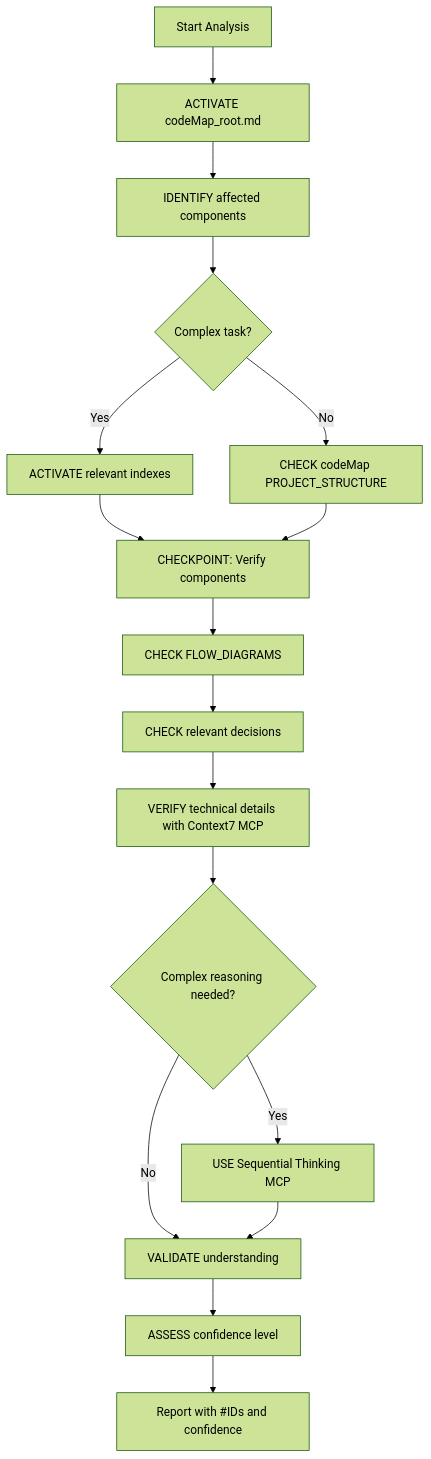
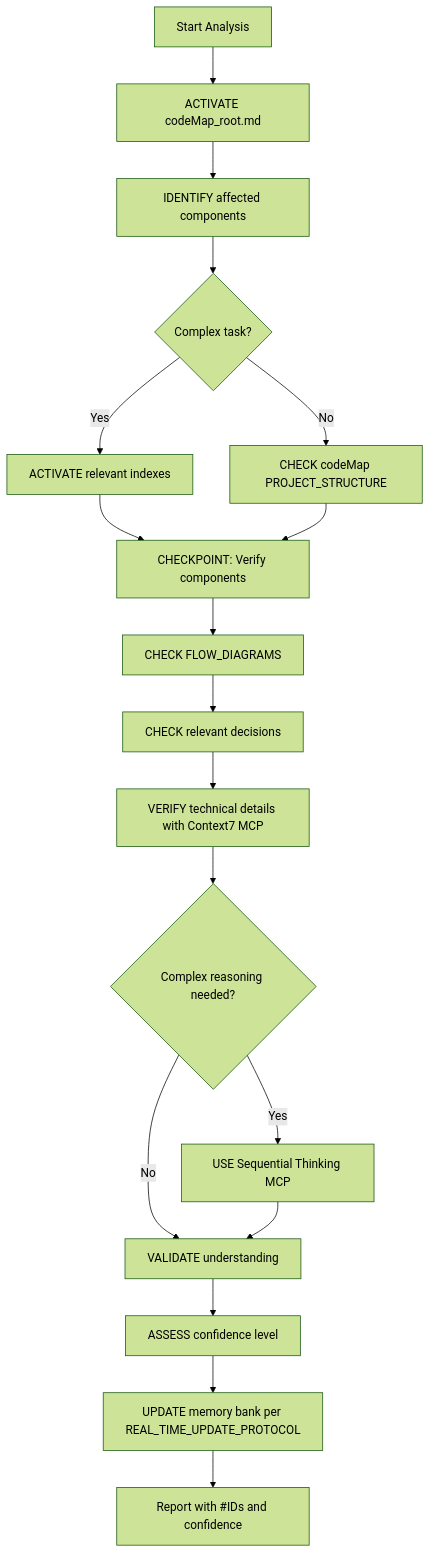
Before and after one commit to tejastechq/timezonepulse: the second of 6 diagrams in .cursor/rules/custom-instructions.mdc, drawn with Mermaid (forest theme). The commit also changed other lines of this file and 23 other files, not shown here.

````diff
--- a/.cursor/rules/custom-instructions.mdc
+++ b/.cursor/rules/custom-instructions.mdc
@@ -683,19 +702,20 @@
 ```mermaid
 flowchart TD
     Start[Start Analysis] --> Activate[ACTIVATE codeMap_root.md]
     Activate --> Identify[IDENTIFY affected components]
     Identify --> Boundary{Complex task?}
     Boundary -->|Yes| LoadIndex[ACTIVATE relevant indexes]
     Boundary -->|No| DirectCheck[CHECK codeMap PROJECT_STRUCTURE]
     LoadIndex --> Checkpoint1[CHECKPOINT: Verify components]
     DirectCheck --> Checkpoint1
     Checkpoint1 --> FlowCheck[CHECK FLOW_DIAGRAMS]
     FlowCheck --> DecisionCheck[CHECK relevant decisions]
     DecisionCheck --> TechVerify[VERIFY technical details with Context7 MCP]
     TechVerify --> ComplexReason{Complex reasoning needed?}
     ComplexReason -->|Yes| SeqThink[USE Sequential Thinking MCP]
     ComplexReason -->|No| Validate[VALIDATE understanding]
     SeqThink --> Validate
     Validate --> ConfidenceAssess[ASSESS confidence level]
-    ConfidenceAssess --> Report[Report with #IDs and confidence]
+    ConfidenceAssess --> UpdateDocs[UPDATE memory bank per REAL_TIME_UPDATE_PROTOCOL]
+    UpdateDocs --> Report[Report with #IDs and confidence]
 ```
````
